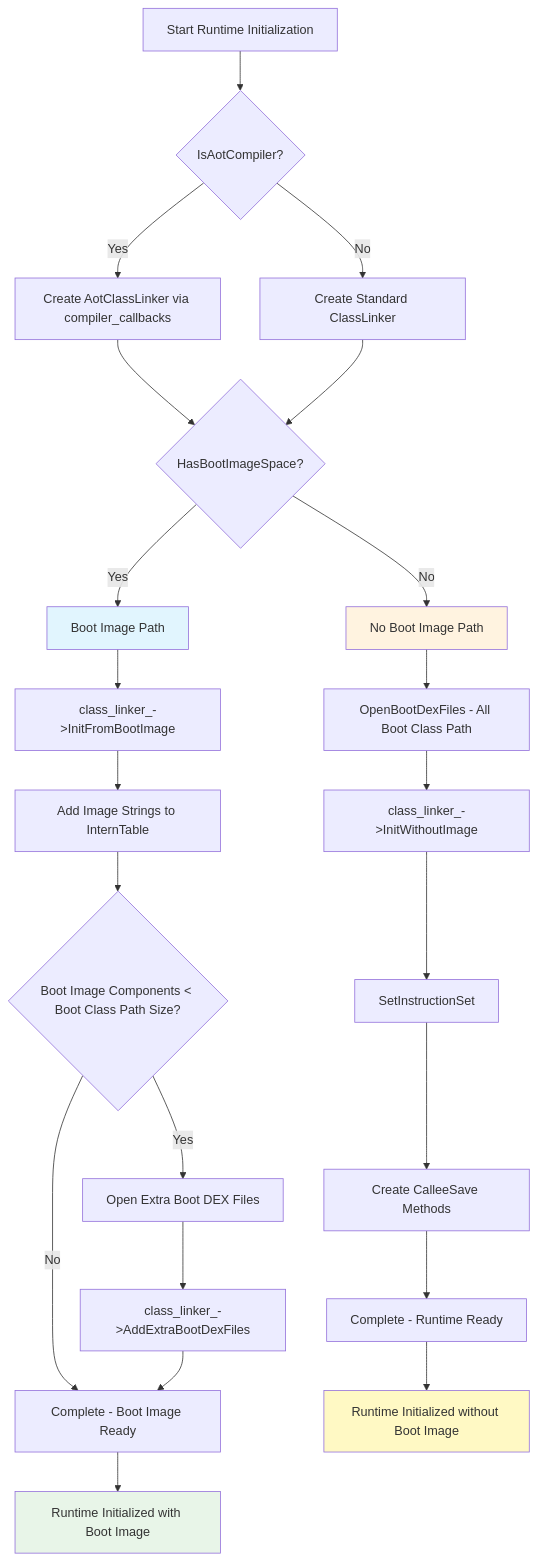
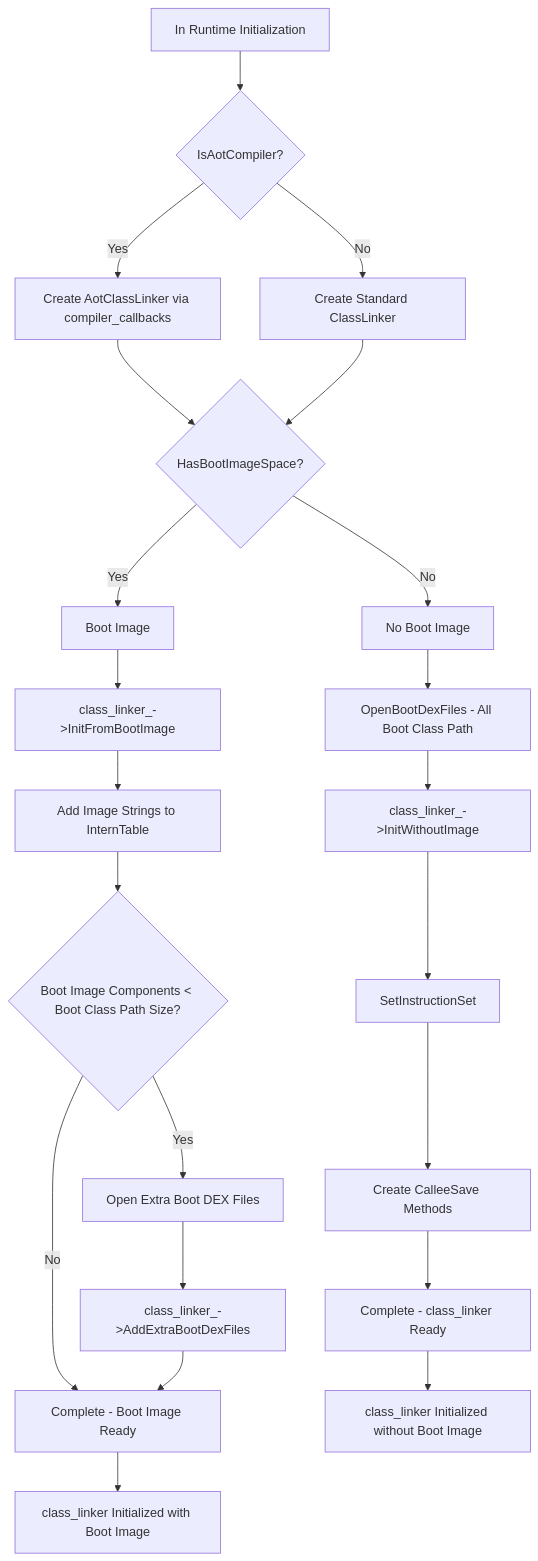
The first of 3 diagrams in aosp/AndroidRuntime/ClassLinker.md (comsoftWHU/comsoftwhu.github.io), drawn with Mermaid before and after one commit. The commit also changed other lines of this file, not shown here.

Commit message:
ClassLinker Init

````diff
--- a/aosp/AndroidRuntime/ClassLinker.md
+++ b/aosp/AndroidRuntime/ClassLinker.md
@@ -17,38 +24,33 @@
 ```mermaid
 flowchart TD
-    A[Start Runtime Initialization] --> B{IsAotCompiler?}
+    A[In Runtime Initialization] --> B{IsAotCompiler?}
     
     B -->|Yes| C[Create AotClassLinker via compiler_callbacks]
     B -->|No| D[Create Standard ClassLinker]
     
     C --> E{HasBootImageSpace?}
     D --> E
     
-    E -->|Yes| F[Boot Image Path]
-    E -->|No| G[No Boot Image Path]
+    E -->|Yes| F[Boot Image]
+    E -->|No| G[No Boot Image]
     
     F --> H[class_linker_->InitFromBootImage]
     H --> I[Add Image Strings to InternTable]
     I --> J{Boot Image Components < Boot Class Path Size?}
     
     J -->|Yes| K[Open Extra Boot DEX Files]
     J -->|No| L[Complete - Boot Image Ready]
     
     K --> M[class_linker_->AddExtraBootDexFiles]
     M --> L
     
     G --> N[OpenBootDexFiles - All Boot Class Path]
     N --> O[class_linker_->InitWithoutImage]
     O --> P[SetInstructionSet]
     P --> Q[Create CalleeSave Methods]
-    Q --> R[Complete - Runtime Ready]
+    Q --> R[Complete - class_linker Ready]
     
-    L --> S[Runtime Initialized with Boot Image]
-    R --> T[Runtime Initialized without Boot Image]
-    
-    style F fill:#e1f5fe
-    style G fill:#fff3e0
-    style S fill:#e8f5e8
-    style T fill:#fff9c4
+    L --> S[class_linker Initialized with Boot Image]
+    R --> T[class_linker Initialized without Boot Image]
 
 ```
````
